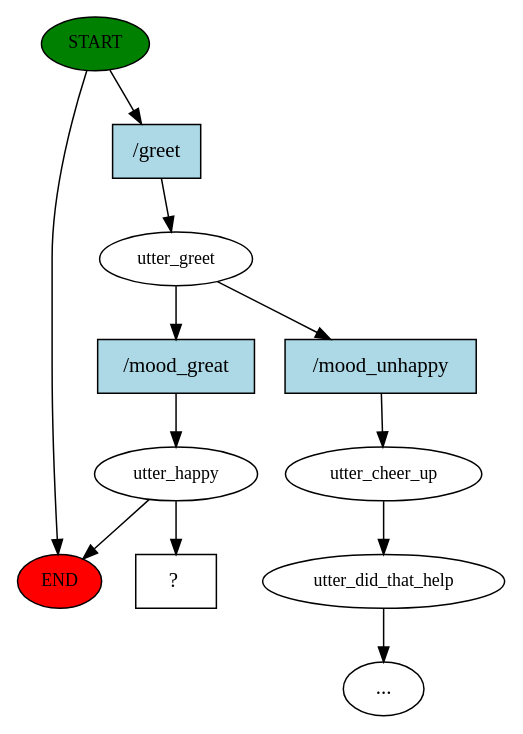
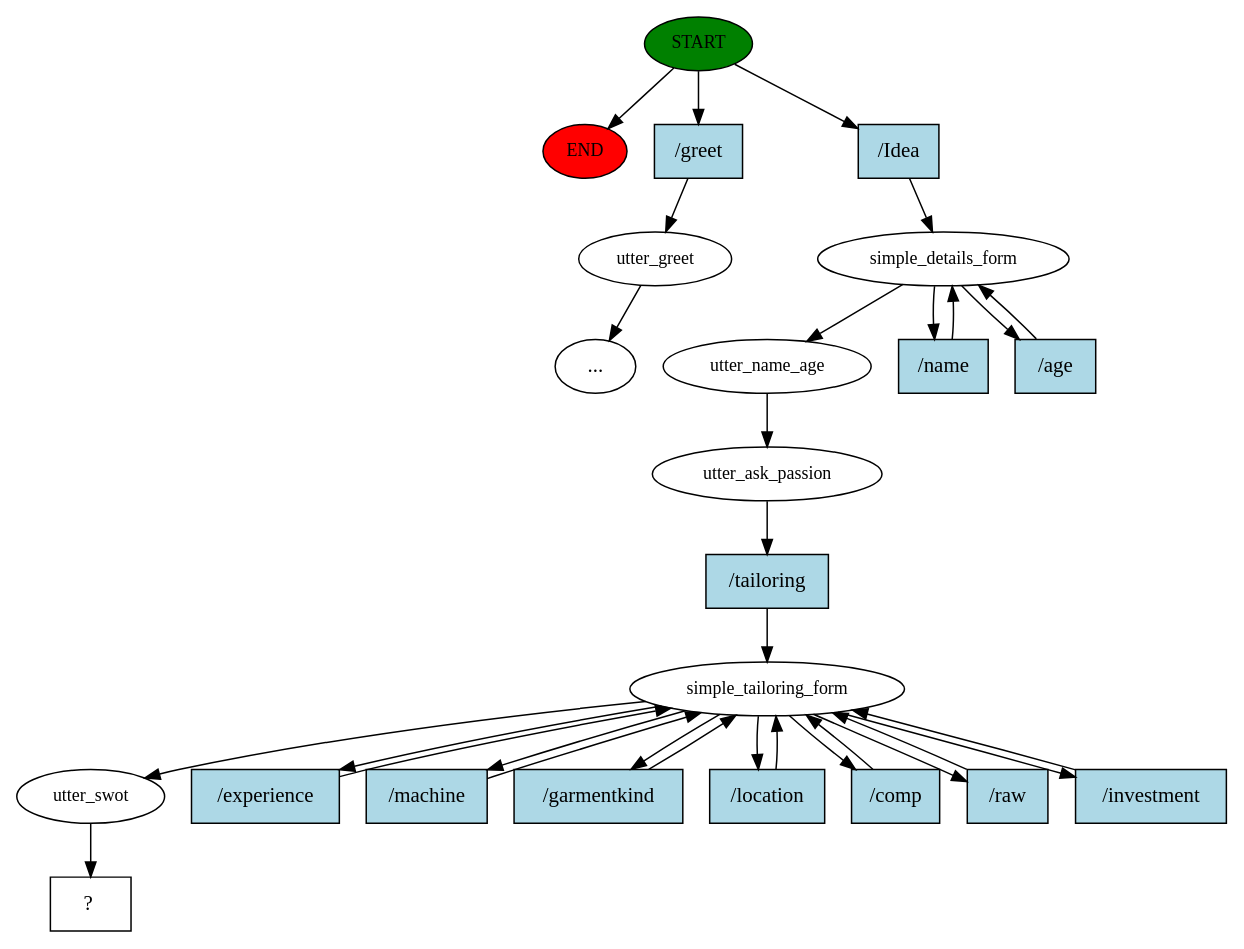
The diagram in story_graph.dot (Gowthaam57/MS), drawn with Graphviz before and after one commit. The commit also changed 48 other files, not shown here.

```diff
--- a/story_graph.dot
+++ b/story_graph.dot
@@ -1,24 +1,54 @@
 digraph  {
 0 [class="start active", fillcolor=green, fontsize=12, label=START, style=filled];
 "-1" [class=end, fillcolor=red, fontsize=12, label=END, style=filled];
-1 [class=active, fontsize=12, label=utter_greet];
-2 [class="", fontsize=12, label=utter_cheer_up];
-3 [class="", fontsize=12, label=utter_did_that_help];
-"-4" [class=ellipsis, label="..."];
-8 [class=active, fontsize=12, label=utter_happy];
-11 [class="intent dashed active", label="  ?  ", shape=rect];
-12 [class="intent active", fillcolor=lightblue, label="/greet", shape=rect, style=filled];
-13 [class=intent, fillcolor=lightblue, label="/mood_unhappy", shape=rect, style=filled];
-14 [class="intent active", fillcolor=lightblue, label="/mood_great", shape=rect, style=filled];
+1 [class="", fontsize=12, label=utter_greet];
+"-5" [class=ellipsis, label="..."];
+4 [class=active, fontsize=12, label=simple_details_form];
+7 [class=active, fontsize=12, label=utter_name_age];
+8 [class=active, fontsize=12, label=utter_ask_passion];
+9 [class=active, fontsize=12, label=simple_tailoring_form];
+18 [class=active, fontsize=12, label=utter_swot];
+19 [class="intent dashed active", label="  ?  ", shape=rect];
+20 [class=intent, fillcolor=lightblue, label="/greet", shape=rect, style=filled];
+21 [class="intent active", fillcolor=lightblue, label="/Idea", shape=rect, style=filled];
+22 [class="intent active", fillcolor=lightblue, label="/name", shape=rect, style=filled];
+23 [class="intent active", fillcolor=lightblue, label="/age", shape=rect, style=filled];
+24 [class="intent active", fillcolor=lightblue, label="/tailoring", shape=rect, style=filled];
+25 [class="intent active", fillcolor=lightblue, label="/experience", shape=rect, style=filled];
+26 [class="intent active", fillcolor=lightblue, label="/machine", shape=rect, style=filled];
+27 [class="intent active", fillcolor=lightblue, label="/garmentkind", shape=rect, style=filled];
+28 [class="intent active", fillcolor=lightblue, label="/location", shape=rect, style=filled];
+29 [class="intent active", fillcolor=lightblue, label="/comp", shape=rect, style=filled];
+30 [class="intent active", fillcolor=lightblue, label="/raw", shape=rect, style=filled];
+31 [class="intent active", fillcolor=lightblue, label="/investment", shape=rect, style=filled];
 0 -> "-1"  [class="", key=NONE, label=""];
-0 -> 12  [class=active, key=0];
-1 -> 13  [class="", key=0];
-1 -> 14  [class=active, key=0];
-2 -> 3  [class="", key=NONE, label=""];
-3 -> "-4"  [class="", key=NONE, label=""];
-8 -> "-1"  [class="", key=NONE, label=""];
-8 -> 11  [class=active, key=NONE, label=""];
-12 -> 1  [class=active, key=0];
-13 -> 2  [class="", key=0];
-14 -> 8  [class=active, key=0];
+0 -> 20  [class="", key=0];
+0 -> 21  [class=active, key=0];
+1 -> "-5"  [class="", key=NONE, label=""];
+4 -> 7  [class=active, key=NONE, label=""];
+4 -> 22  [class=active, key=0];
+4 -> 23  [class=active, key=0];
+7 -> 8  [class=active, key=NONE, label=""];
+8 -> 24  [class=active, key=0];
+9 -> 18  [class=active, key=NONE, label=""];
+9 -> 25  [class=active, key=0];
+9 -> 26  [class=active, key=0];
+9 -> 27  [class=active, key=0];
+9 -> 28  [class=active, key=0];
+9 -> 29  [class=active, key=0];
+9 -> 30  [class=active, key=0];
+9 -> 31  [class=active, key=0];
+18 -> 19  [class=active, key=NONE, label=""];
+20 -> 1  [class="", key=0];
+21 -> 4  [class=active, key=0];
+22 -> 4  [class=active, key=0];
+23 -> 4  [class=active, key=0];
+24 -> 9  [class=active, key=0];
+25 -> 9  [class=active, key=0];
+26 -> 9  [class=active, key=0];
+27 -> 9  [class=active, key=0];
+28 -> 9  [class=active, key=0];
+29 -> 9  [class=active, key=0];
+30 -> 9  [class=active, key=0];
+31 -> 9  [class=active, key=0];
 }
```
